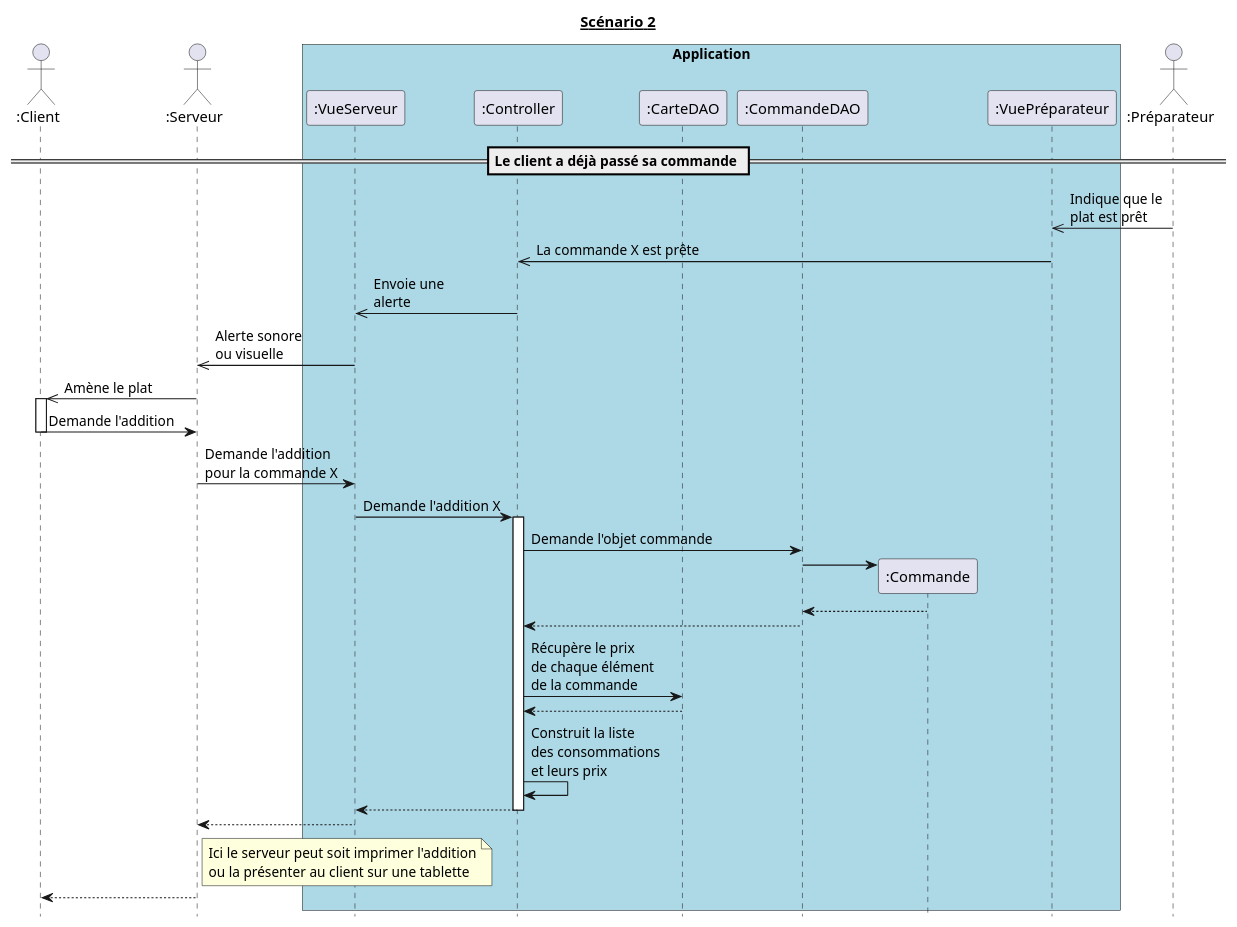
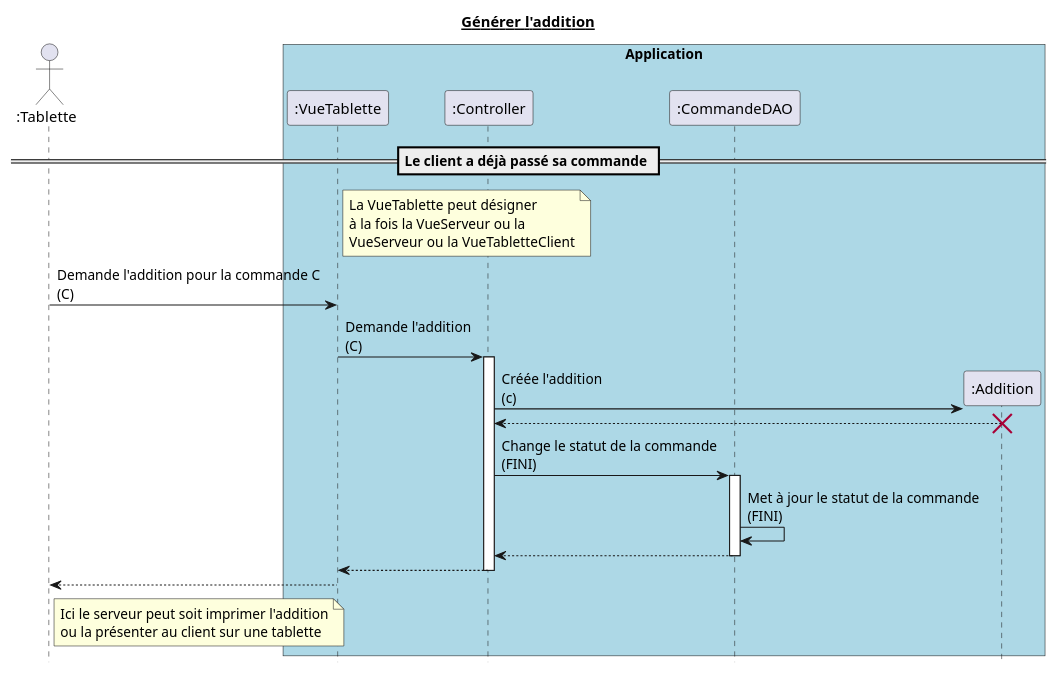
Before and after one commit to hulskenA/GL-Les_seigneurs_du_resto: the diagram in diagrammes_sequences_detailles/dss2.md, drawn with PlantUML. The commit also changed 7 other files, not shown here.

````diff
--- a/diagrammes_sequences_detailles/dss2.md
+++ b/diagrammes_sequences_detailles/dss2.md
@@ -1,61 +1,52 @@
 ```puml
 @startuml
 hide footbox
-title __Scénario 2__
+title __Générer l'addition__
 
-actor ":Client" as Client order 10
-actor ":Serveur" as Serveur order 20
-actor ":Préparateur" as Préparateur order 90
+actor ":Tablette" as Tablette order 10
 
 box "Application" #Lightblue
-  participant ":VueServeur" as VueServeur order 30
+  participant ":VueTablette" as VueTablette order 30
   participant ":Controller" as Controller order 40
-  participant ":CarteDAO" as CarteDAO order 50
   participant ":CommandeDAO" as CommandeDAO order 60
-  participant ":Commande" as Commande order 70
-  participant ":VuePréparateur" as VuePréparateur order 80
+  participant ":Addition" as Addition order 70
 endbox
 
 == Le client a déjà passé sa commande ==
 
-Préparateur ->> VuePréparateur : Indique que le\nplat est prêt
+note right VueTablette
+  La VueTablette peut désigner
+  à la fois la VueServeur ou la
+  VueServeur ou la VueTabletteClient
+end note
 
-VuePréparateur ->> Controller : La commande X est prête
+Tablette -> VueTablette : Demande l'addition pour la commande C\n(C)
 
-Controller ->> VueServeur : Envoie une\nalerte
-
-VueServeur ->> Serveur : Alerte sonore\nou visuelle
-
-Serveur ->> Client : Amène le plat
-activate Client
-Client -> Serveur : Demande l'addition
-deactivate Client
-
-Serveur -> VueServeur : Demande l'addition\npour la commande X
-
-VueServeur -> Controller : Demande l'addition X
+VueTablette -> Controller : Demande l'addition\n(C)
 activate Controller
 
-Controller -> CommandeDAO : Demande l'objet commande
+create Addition
+Controller -> Addition : Créée l'addition\n(c)
+Controller <-- Addition
+destroy Addition
 
-create Commande
-CommandeDAO -> Commande
-CommandeDAO <-- Commande
 
-Controller <-- CommandeDAO
-Controller -> CarteDAO : Récupère le prix\nde chaque élément\nde la commande
-Controller <-- CarteDAO
-Controller -> Controller : Construit la liste\ndes consommations\net leurs prix
-Controller --> VueServeur
+Controller -> CommandeDAO : Change le statut de la commande\n(FINI)
+activate CommandeDAO
+CommandeDAO -> CommandeDAO : Met à jour le statut de la commande\n(FINI)
+CommandeDAO --> Controller
+deactivate CommandeDAO
+
+Controller --> VueTablette
 deactivate Controller
 
-VueServeur --> Serveur
-note right Serveur
+VueTablette --> Tablette
+
+note right Tablette
   Ici le serveur peut soit imprimer l'addition
   ou la présenter au client sur une tablette
 end note
 
-Serveur --> Client
 
 @enduml
 ```
````
